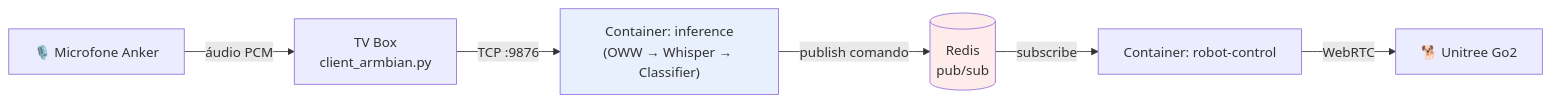
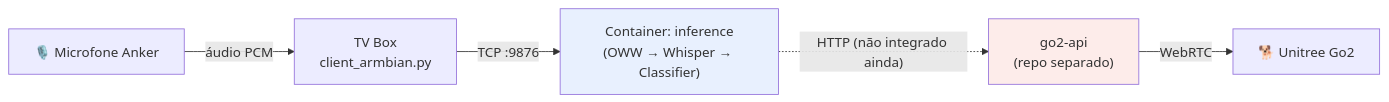
The diagram in organograms/fluxo_de_dados.md (samuelZ20/go2-server), drawn with Mermaid before and after one commit. The commit also changed other lines of this file and 11 other files, not shown here.

Commit message:
Remove robot_control/e Redis do escopo

````diff
--- a/organograms/fluxo_de_dados.md
+++ b/organograms/fluxo_de_dados.md
@@ -7,11 +7,10 @@
 ```mermaid
 flowchart LR
     Mic["🎙️ Microfone Anker"] -->|áudio PCM| TVBox["TV Box\nclient_armbian.py"]
     TVBox -->|TCP :9876| Inference["Container: inference\n(OWW → Whisper → Classifier)"]
-    Inference -->|publish comando| Redis[("Redis\npub/sub")]
-    Redis -->|subscribe| RobotControl["Container: robot-control"]
-    RobotControl -->|WebRTC| Go2["🐕 Unitree Go2"]
+    Inference -.->|"HTTP (não integrado ainda)"| Go2Api["go2-api\n(repo separado)"]
+    Go2Api -->|WebRTC| Go2["🐕 Unitree Go2"]
 
     style Inference fill:#e8f0fe
-    style Redis fill:#fdecea
+    style Go2Api fill:#fdecea
 ```
````
